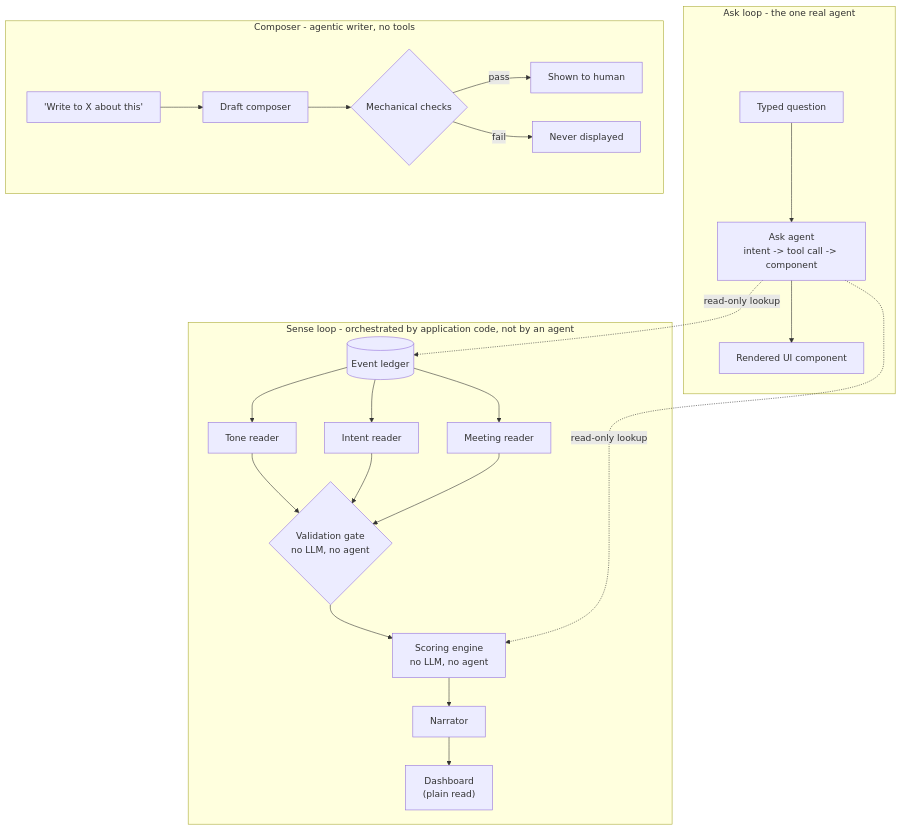
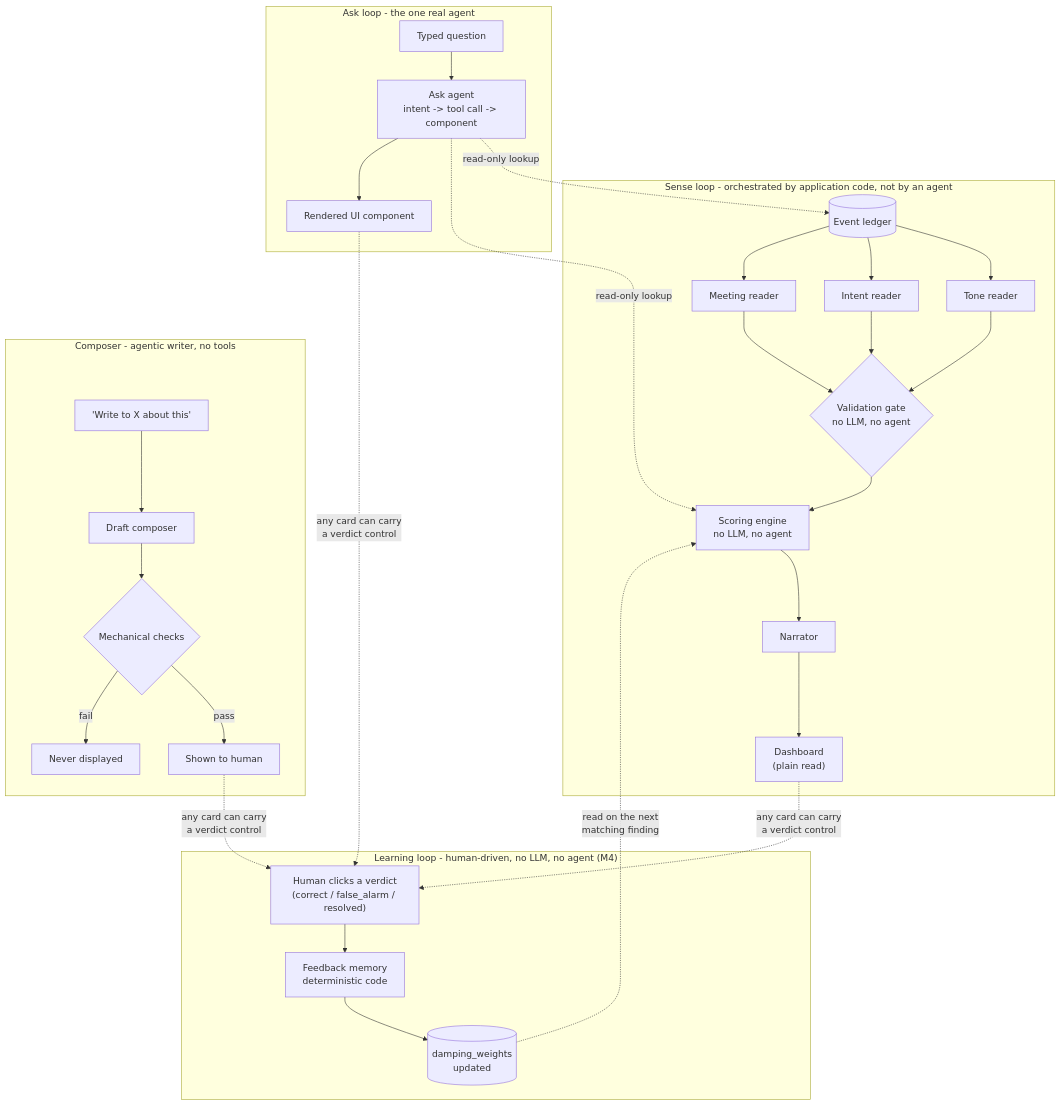
Before and after one commit to juanc-huarachi-coderoad-com/agentic-churn: the diagram in architecture/05-agent-catalog.md, drawn with Mermaid. The commit also changed other lines of this file and 3 other files, not shown here.

Commit message:
feat: enhance API specification and feedback memory requirements

````diff
--- a/architecture/05-agent-catalog.md
+++ b/architecture/05-agent-catalog.md
@@ -100,28 +100,38 @@
 ```mermaid
 flowchart TB
     subgraph Sense["Sense loop - orchestrated by application code, not by an agent"]
         Ledger[("Event ledger")] --> R1["Tone reader"]
         Ledger --> R2["Intent reader"]
         Ledger --> R3["Meeting reader"]
         R1 --> Gate{"Validation gate\nno LLM, no agent"}
         R2 --> Gate
         R3 --> Gate
         Gate --> Score["Scoring engine\nno LLM, no agent"]
         Score --> Nar["Narrator"]
         Nar --> Dash["Dashboard\n(plain read)"]
     end
 
     subgraph Ask["Ask loop - the one real agent"]
         Question["Typed question"] --> AskAgent["Ask agent\nintent -> tool call -> component"]
         AskAgent -.->|"read-only lookup"| Ledger
         AskAgent -.->|"read-only lookup"| Score
         AskAgent --> Component["Rendered UI component"]
     end
 
     subgraph Compose["Composer - agentic writer, no tools"]
         Trigger["'Write to X about this'"] --> Draft["Draft composer"]
         Draft --> Checks{"Mechanical checks"}
         Checks -->|pass| Display["Shown to human"]
         Checks -->|fail| Blocked["Never displayed"]
     end
+
+    subgraph Learn["Learning loop - human-driven, no LLM, no agent (M4)"]
+        Verdict["Human clicks a verdict\n(correct / false_alarm / resolved)"] --> Memory["Feedback memory\ndeterministic code"]
+        Memory --> Damping[("damping_weights\nupdated")]
+    end
+
+    Dash -.->|"any card can carry\na verdict control"| Verdict
+    Component -.->|"any card can carry\na verdict control"| Verdict
+    Display -.->|"any card can carry\na verdict control"| Verdict
+    Damping -.->|"read on the next\nmatching finding"| Score
 ```
````
